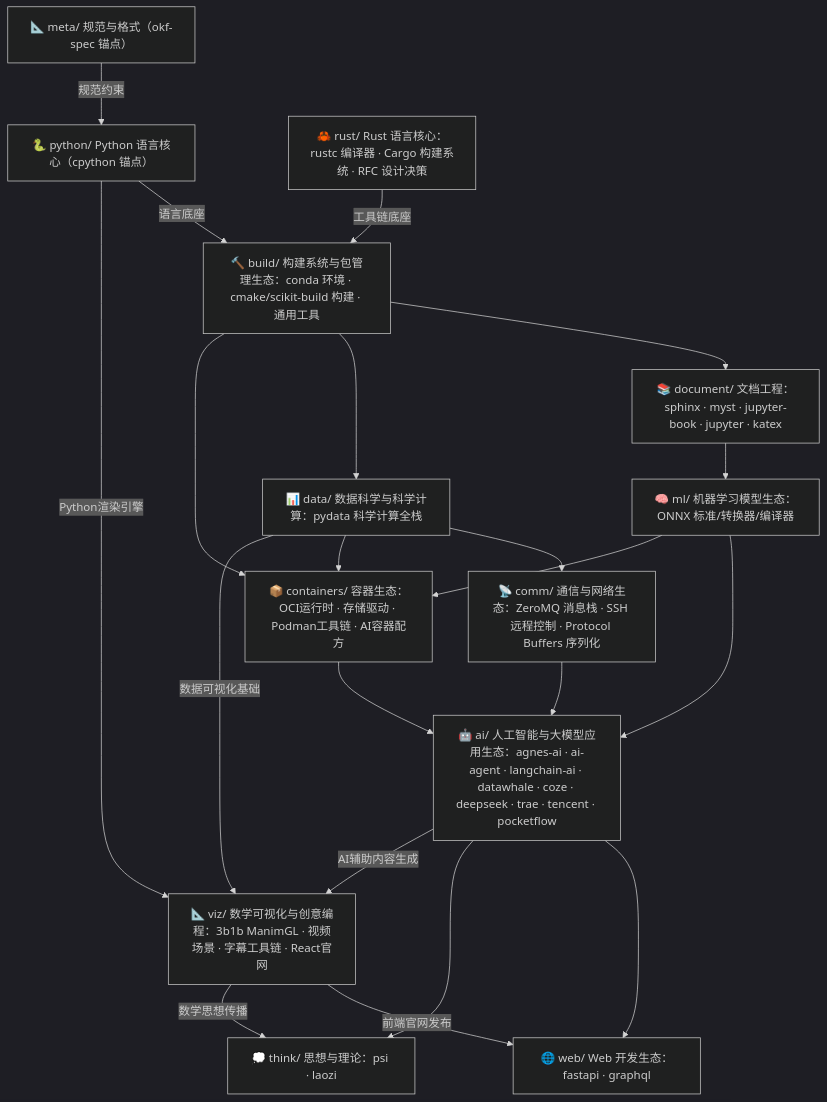
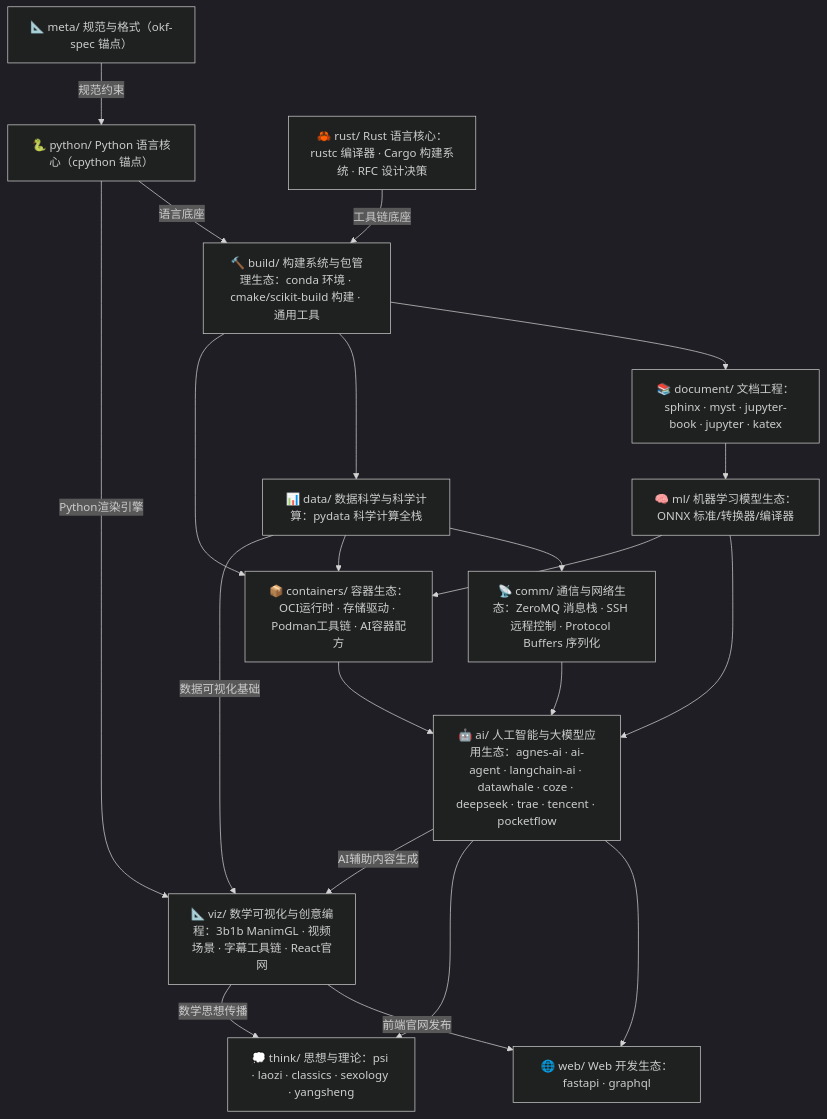
One commit to awesome-flexloop/awesome-okf changed the first of 2 diagrams in doc/bundles/index.md. Above: the diagram before and after it, drawn with Mermaid (dark theme). The commit also changed other lines of this file and 23 other files, not shown here.

````diff
--- a/doc/bundles/index.md
+++ b/doc/bundles/index.md
@@ -21,36 +21,36 @@
 ```mermaid
 flowchart TD
     meta["📐 meta/ 规范与格式（okf-spec 锚点）"]
     py["🐍 python/ Python 语言核心（cpython 锚点）"]
     rust["🦀 rust/ Rust 语言核心：rustc 编译器 · Cargo 构建系统 · RFC 设计决策"]
     build["🔨 build/ 构建系统与包管理生态：conda 环境 · cmake/scikit-build 构建 · 通用工具"]
     doc["📚 document/ 文档工程：sphinx · myst · jupyter-book · jupyter · katex"]
     data["📊 data/ 数据科学与科学计算：pydata 科学计算全栈"]
     ml["🧠 ml/ 机器学习模型生态：ONNX 标准/转换器/编译器"]
     comm["📡 comm/ 通信与网络生态：ZeroMQ 消息栈 · SSH 远程控制 · Protocol Buffers 序列化"]
     ai["🤖 ai/ 人工智能与大模型应用生态：agnes-ai · ai-agent · langchain-ai · datawhale · coze · deepseek · trae · tencent · pocketflow"]
     viz["📐 viz/ 数学可视化与创意编程：3b1b ManimGL · 视频场景 · 字幕工具链 · React官网"]
     web["🌐 web/ Web 开发生态：fastapi · graphql"]
     containers["📦 containers/ 容器生态：OCI运行时 · 存储驱动 · Podman工具链 · AI容器配方"]
-    think["💭 think/ 思想与理论：psi · laozi"]
+    think["💭 think/ 思想与理论：psi · laozi · classics · sexology · yangsheng"]
     meta -->|"规范约束"| py
     py -->|"语言底座"| build
     rust -->|"工具链底座"| build
     build --> doc
     build --> data
     build --> containers
     doc --> ml
     data --> comm
     data --> containers
     data -->|"数据可视化基础"| viz
     py -->|"Python渲染引擎"| viz
     ml --> ai
     ml --> containers
     comm --> ai
     containers --> ai
     ai --> web
     ai --> think
     ai -->|"AI辅助内容生成"| viz
     viz -->|"前端官网发布"| web
     viz -->|"数学思想传播"| think
 ```
````
